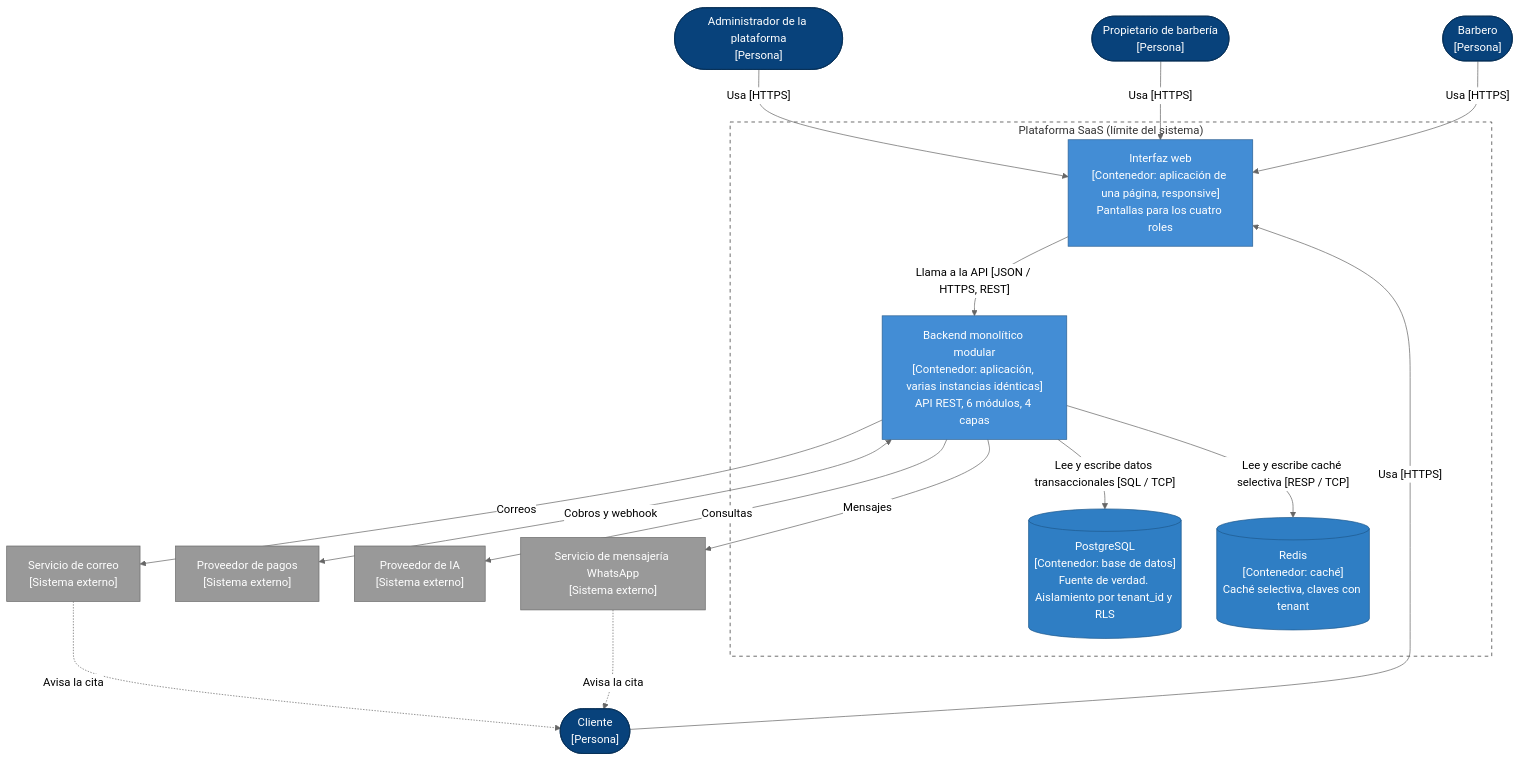
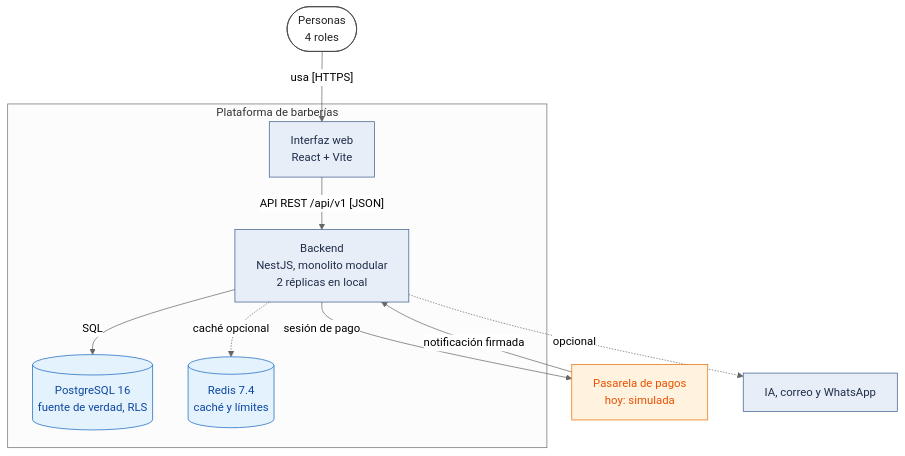
Before and after one commit to semcham/proyecto-final-barberia-ayacucho: the diagram in docs/04-modelo-c4/Nivel2-DiagramadeContenedores.md, drawn with Mermaid (neutral theme). The commit also changed other lines of this file and 67 other files, not shown here.

Commit message:
docs: documentación y diagramas coherentes con 001, 002, 003 .... 006

````diff
--- a/docs/04-modelo-c4/Nivel2-DiagramadeContenedores.md
+++ b/docs/04-modelo-c4/Nivel2-DiagramadeContenedores.md
@@ -16,43 +16,30 @@
 ```mermaid
 flowchart TB
-    ADM(["Administrador de la plataforma<br/>[Persona]"])
-    OWN(["Propietario de barbería<br/>[Persona]"])
-    BAR(["Barbero<br/>[Persona]"])
-    CLI(["Cliente<br/>[Persona]"])
+    USR(["Personas<br/>4 roles"])
+    subgraph LIMITE["Plataforma de barberías"]
+        WEB["Interfaz web<br/>React + Vite"]
+        API["Backend<br/>NestJS, monolito modular<br/>2 réplicas en local"]
+        PG[("PostgreSQL 16<br/>fuente de verdad, RLS")]
+        RD[("Redis 7.4<br/>caché y límites")]
+    end
+    PAY["Pasarela de pagos<br/>hoy: simulada"]
+    EXT["IA, correo y WhatsApp"]
+    USR -->|"usa [HTTPS]"| WEB
+    WEB -->|"API REST /api/v1 [JSON]"| API
+    API -->|"SQL"| PG
+    API -.->|"caché opcional"| RD
+    API -->|"sesión de pago"| PAY
+    PAY -->|"notificación firmada"| API
+    API -.->|"opcional"| EXT
 
-    subgraph LIMITE["Plataforma SaaS (límite del sistema)"]
-        WEB["Interfaz web<br/>[Contenedor: aplicación de una página, responsive]<br/>Pantallas para los cuatro roles"]
-        API["Backend monolítico modular<br/>[Contenedor: aplicación, varias instancias idénticas]<br/>API REST, 6 módulos, 4 capas"]
-        PG[("PostgreSQL<br/>[Contenedor: base de datos]<br/>Fuente de verdad. Aislamiento por tenant_id y RLS")]
-        RD[("Redis<br/>[Contenedor: caché]<br/>Caché selectiva, claves con tenant")]
-    end
-
-    PAY["Proveedor de pagos<br/>[Sistema externo]"]
-    AI["Proveedor de IA<br/>[Sistema externo]"]
-    MAIL["Servicio de correo<br/>[Sistema externo]"]
-    WA["Servicio de mensajería WhatsApp<br/>[Sistema externo]"]
-
-    ADM -->|"Usa [HTTPS]"| WEB
-    OWN -->|"Usa [HTTPS]"| WEB
-    BAR -->|"Usa [HTTPS]"| WEB
-    CLI -->|"Usa [HTTPS]"| WEB
-    WEB -->|"Llama a la API [JSON / HTTPS, REST]"| API
-    API -->|"Lee y escribe datos transaccionales [SQL / TCP]"| PG
-    API -->|"Lee y escribe caché selectiva [RESP / TCP]"| RD
-    API <-->|"Cobros y webhook"| PAY
-    API -->|"Consultas"| AI
-    API -->|"Correos"| MAIL
-    API -->|"Mensajes"| WA
-    MAIL -.->|"Avisa la cita"| CLI
-    WA -.->|"Avisa la cita"| CLI
-
-    classDef person fill:#08427b,color:#ffffff,stroke:#052e56
-    classDef container fill:#438dd5,color:#ffffff,stroke:#2e6295
-    classDef store fill:#2f7ec4,color:#ffffff,stroke:#1f5a8e
-    classDef external fill:#999999,color:#ffffff,stroke:#6b6b6b
-    class ADM,OWN,BAR,CLI person
-    class WEB,API container
-    class PG,RD store
-    class PAY,AI,MAIL,WA external
-    style LIMITE stroke-dasharray: 5 5,fill:#ffffff,stroke:#333333
+    classDef persona fill:#ffffff,stroke:#424242,color:#212121
+    classDef implementado fill:#e8eef7,stroke:#3b5b8c,color:#1f2d4a
+    classDef planificado fill:#e8eef7,stroke:#3b5b8c,color:#1f2d4a
+    classDef externo fill:#fff3e0,stroke:#ef6c00,color:#e65100
+    classDef datos fill:#e3f2fd,stroke:#1565c0,color:#0d47a1
+    class USR persona
+    class WEB,API implementado
+    class PG,RD datos
+    class PAY externo
+    class EXT planificado
 ```
````
